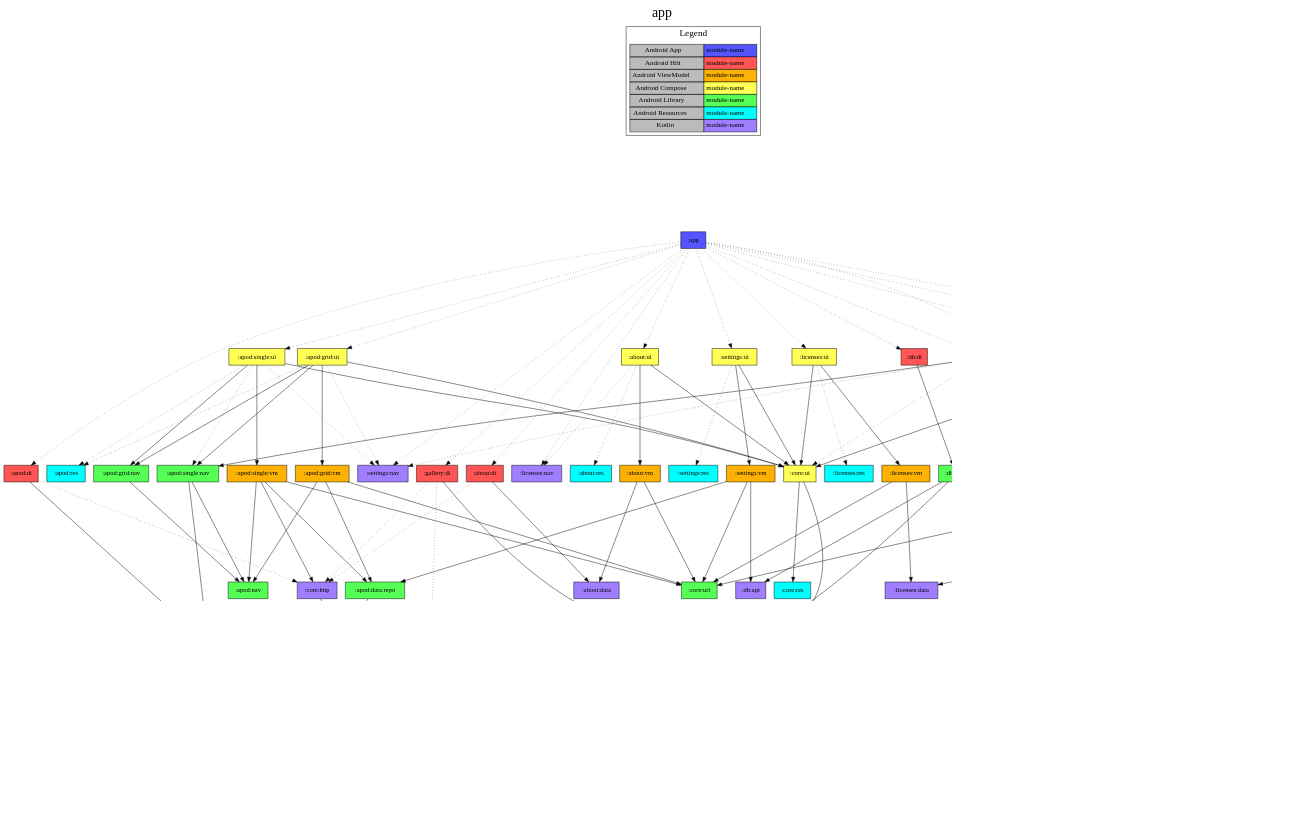
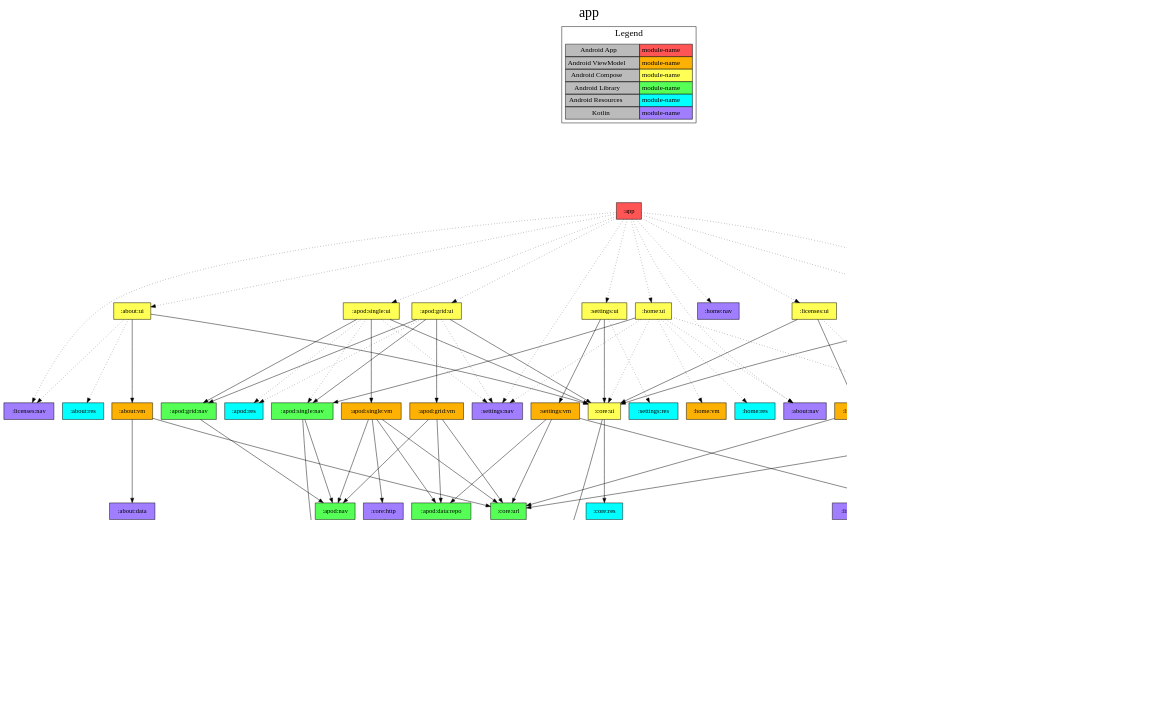
The diagram in app/project-dependency-graph.dot (jonapoul/nasa-android), drawn with Graphviz before and after one commit. The commit also changed 38 other files, not shown here.

```diff
--- a/app/project-dependency-graph.dot
+++ b/app/project-dependency-graph.dot
@@ -1,166 +1,147 @@
 digraph {
 edge ["dir"="forward"]
-graph ["dpi"="100","label"="app","labelloc"="t","fontsize"="30","ranksep"="3.0","rankdir"="TB"]
+graph ["dpi"="100","label"="app","labelloc"="t","fontsize"="30","ranksep"="2.5","rankdir"="TB"]
 node ["style"="filled"]
-":app" ["shape"="box","fillcolor"="#5555FF"]
-":about:di" ["fillcolor"="#FF5555","shape"="box"]
-":about:data" ["fillcolor"="#A17EFF","shape"="box"]
-":core:http" ["fillcolor"="#A17EFF","shape"="box"]
-":core:model" ["fillcolor"="#A17EFF","shape"="box"]
+":app" ["shape"="box","fillcolor"="#FF5555"]
 ":about:nav" ["fillcolor"="#A17EFF","shape"="box"]
 ":about:ui" ["fillcolor"="#FFFF55","shape"="box"]
 ":about:vm" ["fillcolor"="#FCB103","shape"="box"]
+":about:data" ["fillcolor"="#A17EFF","shape"="box"]
 ":core:url" ["fillcolor"="#55FF55","shape"="box"]
 ":core:ui" ["fillcolor"="#FFFF55","shape"="box"]
+":core:model" ["fillcolor"="#A17EFF","shape"="box"]
 ":core:res" ["fillcolor"="#00FFFF","shape"="box"]
 ":about:res" ["fillcolor"="#00FFFF","shape"="box"]
 ":licenses:nav" ["fillcolor"="#A17EFF","shape"="box"]
-":apod:di" ["fillcolor"="#FF5555","shape"="box"]
-":apod:data:api" ["fillcolor"="#A17EFF","shape"="box"]
-":apod:model" ["fillcolor"="#A17EFF","shape"="box"]
 ":apod:grid:ui" ["fillcolor"="#FFFF55","shape"="box"]
 ":apod:grid:nav" ["fillcolor"="#55FF55","shape"="box"]
 ":apod:nav" ["fillcolor"="#55FF55","shape"="box"]
 ":apod:grid:vm" ["fillcolor"="#FCB103","shape"="box"]
 ":apod:data:repo" ["fillcolor"="#55FF55","shape"="box"]
+":apod:data:api" ["fillcolor"="#A17EFF","shape"="box"]
+":apod:model" ["fillcolor"="#A17EFF","shape"="box"]
 ":db:apod" ["fillcolor"="#A17EFF","shape"="box"]
 ":apod:single:nav" ["fillcolor"="#55FF55","shape"="box"]
 ":apod:res" ["fillcolor"="#00FFFF","shape"="box"]
 ":settings:nav" ["fillcolor"="#A17EFF","shape"="box"]
 ":apod:single:ui" ["fillcolor"="#FFFF55","shape"="box"]
 ":apod:single:vm" ["fillcolor"="#FCB103","shape"="box"]
-":db:di" ["fillcolor"="#FF5555","shape"="box"]
+":core:http" ["fillcolor"="#A17EFF","shape"="box"]
 ":db:impl" ["fillcolor"="#55FF55","shape"="box"]
 ":db:api" ["fillcolor"="#A17EFF","shape"="box"]
 ":db:gallery" ["fillcolor"="#A17EFF","shape"="box"]
-":gallery:di" ["fillcolor"="#FF5555","shape"="box"]
-":gallery:data:api" ["fillcolor"="#A17EFF","shape"="box"]
-":gallery:model" ["fillcolor"="#A17EFF","shape"="box"]
 ":gallery:search:ui" ["fillcolor"="#FFFF55","shape"="box"]
 ":gallery:nav" ["fillcolor"="#A17EFF","shape"="box"]
 ":gallery:search:vm" ["fillcolor"="#FCB103","shape"="box"]
 ":gallery:data:repo" ["fillcolor"="#55FF55","shape"="box"]
+":gallery:data:api" ["fillcolor"="#A17EFF","shape"="box"]
+":gallery:model" ["fillcolor"="#A17EFF","shape"="box"]
 ":gallery:res" ["fillcolor"="#00FFFF","shape"="box"]
 ":home:nav" ["fillcolor"="#A17EFF","shape"="box"]
 ":home:ui" ["fillcolor"="#FFFF55","shape"="box"]
 ":home:res" ["fillcolor"="#00FFFF","shape"="box"]
 ":home:vm" ["fillcolor"="#FCB103","shape"="box"]
-":licenses:di" ["fillcolor"="#FF5555","shape"="box"]
-":licenses:data" ["fillcolor"="#A17EFF","shape"="box"]
 ":licenses:ui" ["fillcolor"="#FFFF55","shape"="box"]
 ":licenses:vm" ["fillcolor"="#FCB103","shape"="box"]
+":licenses:data" ["fillcolor"="#A17EFF","shape"="box"]
 ":licenses:res" ["fillcolor"="#00FFFF","shape"="box"]
 ":settings:ui" ["fillcolor"="#FFFF55","shape"="box"]
 ":settings:vm" ["fillcolor"="#FCB103","shape"="box"]
 ":settings:res" ["fillcolor"="#00FFFF","shape"="box"]
 {
 edge ["dir"="none"]
 graph ["rank"="same"]
 ":app"
 }
-":app" -> ":about:di" ["style"="dotted"]
 ":app" -> ":about:nav" ["style"="dotted"]
 ":app" -> ":about:ui" ["style"="dotted"]
-":app" -> ":apod:di" ["style"="dotted"]
 ":app" -> ":apod:grid:ui" ["style"="dotted"]
 ":app" -> ":apod:single:ui" ["style"="dotted"]
-":app" -> ":db:di" ["style"="dotted"]
-":app" -> ":gallery:di" ["style"="dotted"]
+":app" -> ":db:impl" ["style"="dotted"]
 ":app" -> ":gallery:search:ui" ["style"="dotted"]
 ":app" -> ":home:nav" ["style"="dotted"]
 ":app" -> ":home:ui" ["style"="dotted"]
-":app" -> ":licenses:di" ["style"="dotted"]
 ":app" -> ":licenses:nav" ["style"="dotted"]
 ":app" -> ":licenses:ui" ["style"="dotted"]
 ":app" -> ":settings:nav" ["style"="dotted"]
 ":app" -> ":settings:ui" ["style"="dotted"]
-":about:di" -> ":about:data"
-":about:di" -> ":core:http" ["style"="dotted"]
-":core:http" -> ":core:model"
 ":about:ui" -> ":about:vm"
 ":about:ui" -> ":core:ui"
 ":about:ui" -> ":about:res" ["style"="dotted"]
 ":about:ui" -> ":licenses:nav" ["style"="dotted"]
 ":about:vm" -> ":about:data"
 ":about:vm" -> ":core:url"
 ":core:ui" -> ":core:model"
 ":core:ui" -> ":core:res"
-":apod:di" -> ":apod:data:api"
-":apod:di" -> ":core:http" ["style"="dotted"]
-":apod:data:api" -> ":apod:model"
-":apod:data:api" -> ":core:model"
 ":apod:grid:ui" -> ":apod:grid:nav"
 ":apod:grid:ui" -> ":apod:grid:vm"
 ":apod:grid:ui" -> ":apod:single:nav"
 ":apod:grid:ui" -> ":core:ui"
 ":apod:grid:ui" -> ":apod:res" ["style"="dotted"]
 ":apod:grid:ui" -> ":settings:nav" ["style"="dotted"]
 ":apod:grid:nav" -> ":apod:nav"
 ":apod:grid:vm" -> ":apod:data:repo"
 ":apod:grid:vm" -> ":apod:nav"
 ":apod:grid:vm" -> ":core:url"
 ":apod:data:repo" -> ":apod:data:api"
 ":apod:data:repo" -> ":db:apod" ["style"="dotted"]
+":apod:data:api" -> ":apod:model"
+":apod:data:api" -> ":core:model"
 ":apod:single:nav" -> ":apod:model"
 ":apod:single:nav" -> ":apod:nav"
 ":apod:single:ui" -> ":apod:grid:nav"
 ":apod:single:ui" -> ":apod:single:vm"
 ":apod:single:ui" -> ":core:ui"
 ":apod:single:ui" -> ":apod:res" ["style"="dotted"]
 ":apod:single:ui" -> ":apod:single:nav" ["style"="dotted"]
 ":apod:single:ui" -> ":settings:nav" ["style"="dotted"]
 ":apod:single:vm" -> ":apod:data:repo"
 ":apod:single:vm" -> ":apod:nav"
 ":apod:single:vm" -> ":core:http"
 ":apod:single:vm" -> ":core:url"
-":db:di" -> ":db:impl"
+":core:http" -> ":core:model"
 ":db:impl" -> ":db:api"
 ":db:impl" -> ":db:apod"
 ":db:impl" -> ":db:gallery"
-":gallery:di" -> ":gallery:data:api"
-":gallery:di" -> ":core:http" ["style"="dotted"]
-":gallery:di" -> ":core:model" ["style"="dotted"]
-":gallery:data:api" -> ":gallery:model"
 ":gallery:search:ui" -> ":core:ui"
 ":gallery:search:ui" -> ":gallery:nav"
 ":gallery:search:ui" -> ":gallery:search:vm"
 ":gallery:search:ui" -> ":gallery:res" ["style"="dotted"]
 ":gallery:search:vm" -> ":core:url"
 ":gallery:search:vm" -> ":gallery:data:repo"
 ":gallery:data:repo" -> ":db:gallery"
 ":gallery:data:repo" -> ":gallery:data:api"
+":gallery:data:api" -> ":gallery:model"
 ":home:ui" -> ":apod:single:nav"
 ":home:ui" -> ":about:nav" ["style"="dotted"]
 ":home:ui" -> ":core:ui" ["style"="dotted"]
 ":home:ui" -> ":gallery:nav" ["style"="dotted"]
 ":home:ui" -> ":home:res" ["style"="dotted"]
 ":home:ui" -> ":home:vm" ["style"="dotted"]
 ":home:ui" -> ":settings:nav" ["style"="dotted"]
-":licenses:di" -> ":licenses:data"
 ":licenses:ui" -> ":core:ui"
 ":licenses:ui" -> ":licenses:vm"
 ":licenses:ui" -> ":licenses:res" ["style"="dotted"]
 ":licenses:vm" -> ":core:url"
 ":licenses:vm" -> ":licenses:data"
 ":settings:ui" -> ":core:ui"
 ":settings:ui" -> ":settings:vm"
 ":settings:ui" -> ":settings:res" ["style"="dotted"]
 ":settings:vm" -> ":apod:data:repo"
 ":settings:vm" -> ":core:url"
 ":settings:vm" -> ":db:api"
 subgraph "cluster_legend" {
 edge ["dir"="none"]
 graph ["label"="Legend","fontsize"="20"]
 "Legend" ["style"="filled","fillcolor"="#bbbbbb","shape"="none","margin"="0","fontsize"="15","label"=<
 <TABLE BORDER="0" CELLBORDER="1" CELLSPACING="0" CELLPADDING="4">
-<TR><TD>Android App</TD><TD BGCOLOR="#5555FF">module-name</TD></TR>
-<TR><TD>Android Hilt</TD><TD BGCOLOR="#FF5555">module-name</TD></TR>
+<TR><TD>Android App</TD><TD BGCOLOR="#FF5555">module-name</TD></TR>
 <TR><TD>Android ViewModel</TD><TD BGCOLOR="#FCB103">module-name</TD></TR>
 <TR><TD>Android Compose</TD><TD BGCOLOR="#FFFF55">module-name</TD></TR>
 <TR><TD>Android Library</TD><TD BGCOLOR="#55FF55">module-name</TD></TR>
 <TR><TD>Android Resources</TD><TD BGCOLOR="#00FFFF">module-name</TD></TR>
 <TR><TD>Kotlin</TD><TD BGCOLOR="#A17EFF">module-name</TD></TR>
 </TABLE>
 >]
 } -> ":app" ["style"="invis"]
 }
```
